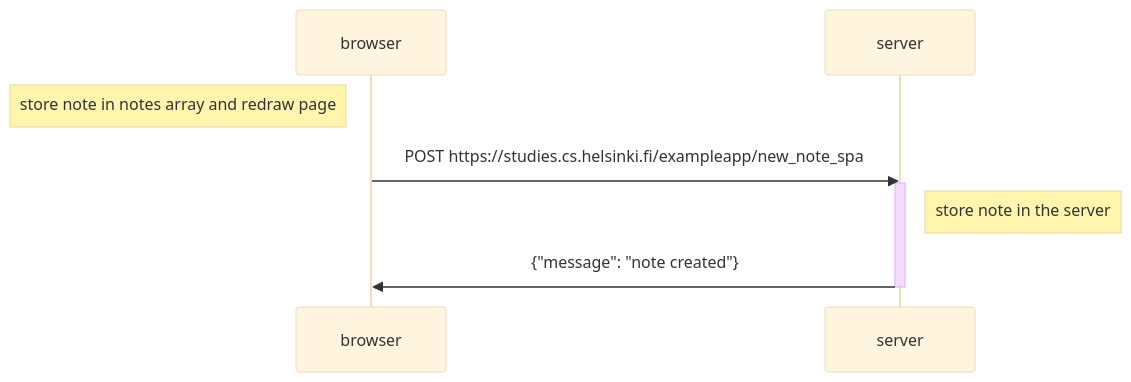
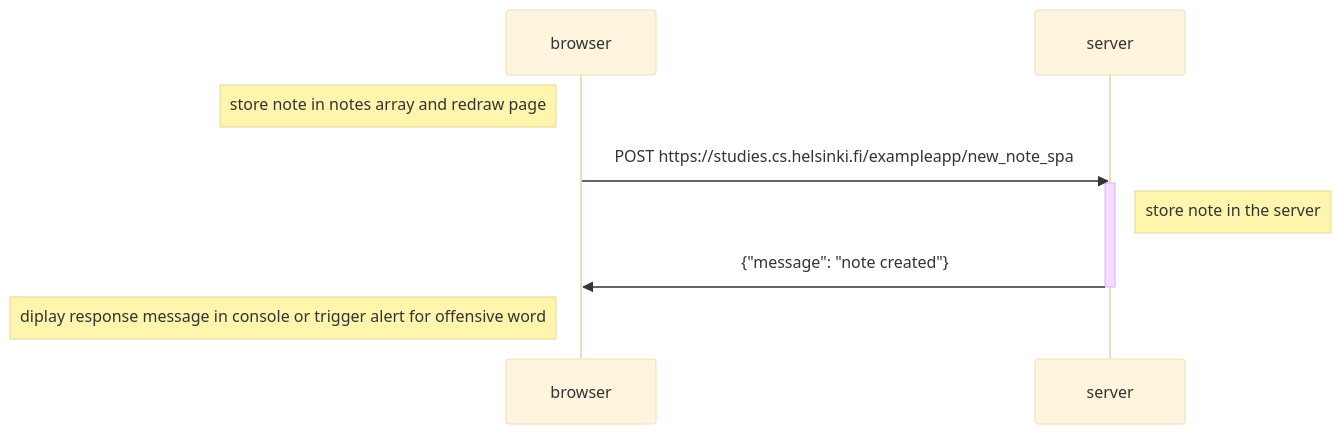
One commit to althenelh-hub/OpenExercises changed the diagram in part0/Exercise0.6_new_note_spa.md. Above: the diagram before and after it, drawn with Mermaid (base theme).

````diff
--- a/part0/Exercise0.6_new_note_spa.md
+++ b/part0/Exercise0.6_new_note_spa.md
@@ -1,9 +1,10 @@
 ```mermaid
 sequenceDiagram
   note left of browser: store note in notes array and redraw page
   browser->>server:POST https://studies.cs.helsinki.fi/exampleapp/new_note_spa
   activate server
   note right of server: store note in the server
   server->>browser:{"message": "note created"}
   deactivate server
+  note left of browser: diplay response message in console or trigger alert for offensive word
 ```
````
